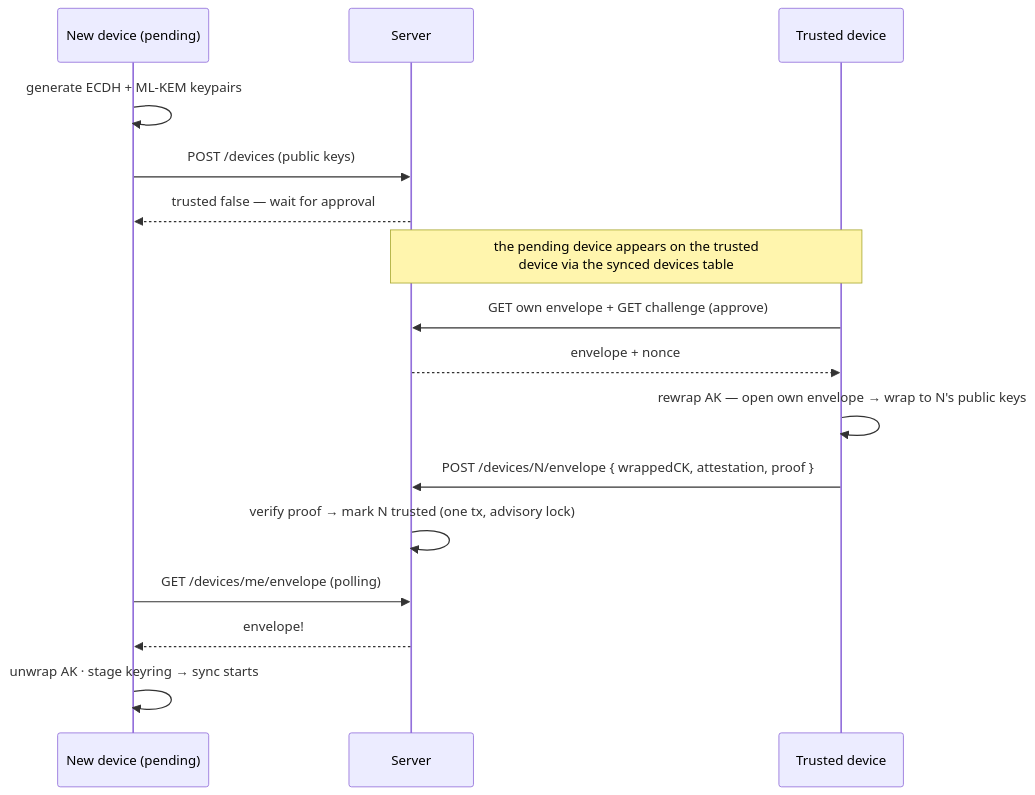
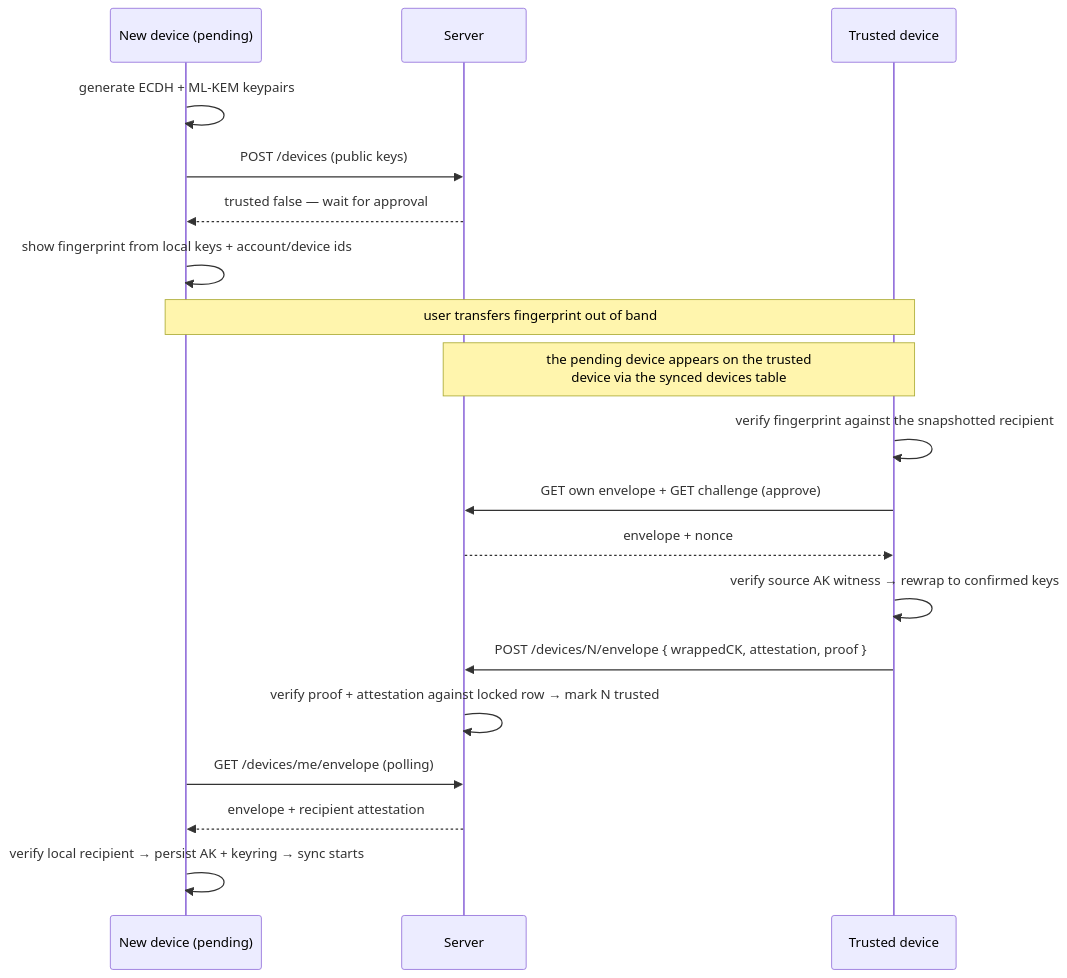
Before and after one commit to thunderbird/thunderbolt: the eighth of 9 diagrams in docs/internals/architecture/e2e-encryption.md, drawn with Mermaid. The commit also changed other lines of this file and 48 other files, not shown here.

````diff
--- a/docs/internals/architecture/e2e-encryption.md
+++ b/docs/internals/architecture/e2e-encryption.md
@@ -556,18 +554,21 @@
 ```mermaid
 sequenceDiagram
     participant N as New device (pending)
     participant S as Server
     participant T as Trusted device
     N->>N: generate ECDH + ML-KEM keypairs
     N->>S: POST /devices (public keys)
     S-->>N: trusted false — wait for approval
+    N->>N: show fingerprint from local keys + account/device ids
+    Note over N,T: user transfers fingerprint out of band
     Note over S,T: the pending device appears on the trusted<br/>device via the synced devices table
+    T->>T: verify fingerprint against the snapshotted recipient
     T->>S: GET own envelope + GET challenge (approve)
     S-->>T: envelope + nonce
-    T->>T: rewrap AK — open own envelope → wrap to N's public keys
+    T->>T: verify source AK witness → rewrap to confirmed keys
     T->>S: POST /devices/N/envelope { wrappedCK, attestation, proof }
-    S->>S: verify proof → mark N trusted (one tx, advisory lock)
+    S->>S: verify proof + attestation against locked row → mark N trusted
     N->>S: GET /devices/me/envelope (polling)
-    S-->>N: envelope!
-    N->>N: unwrap AK · stage keyring → sync starts
+    S-->>N: envelope + recipient attestation
+    N->>N: verify local recipient → persist AK + keyring → sync starts
 ```
````
